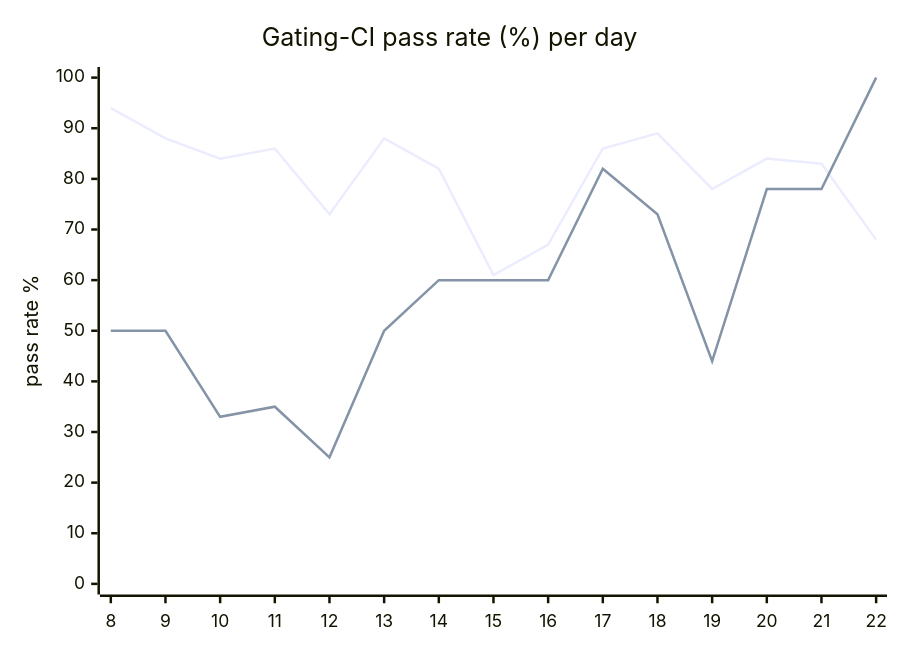
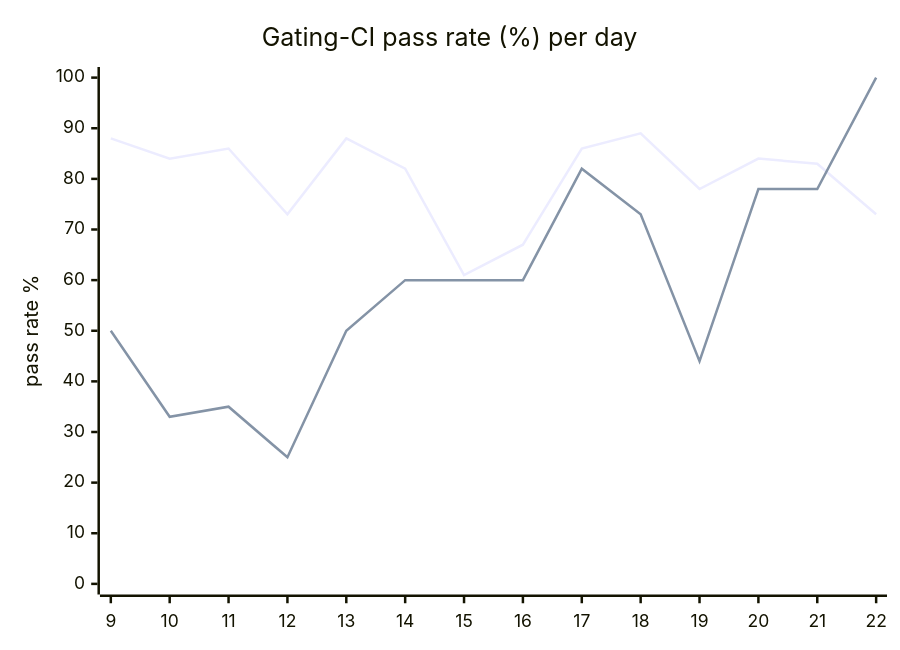
Before and after one commit to hatchet-dev/hatchet: the diagram in hack/ci/ci-dashboard/staging/issue.md, drawn with Mermaid. The commit also changed other lines of this file, not shown here.

````diff
--- a/hack/ci/ci-dashboard/staging/issue.md
+++ b/hack/ci/ci-dashboard/staging/issue.md
@@ -9,8 +9,8 @@
 ```mermaid
 xychart-beta
   title "Gating-CI pass rate (%) per day"
-  x-axis [8, 9, 10, 11, 12, 13, 14, 15, 16, 17, 18, 19, 20, 21, 22]
+  x-axis [9, 10, 11, 12, 13, 14, 15, 16, 17, 18, 19, 20, 21, 22]
   y-axis "pass rate %" 0 --> 100
-  line "CI" [94, 88, 84, 86, 73, 88, 82, 61, 67, 86, 89, 78, 84, 83, 68]
-  line "main" [50, 50, 33, 35, 25, 50, 60, 60, 60, 82, 73, 44, 78, 78, 100]
+  line "CI" [88, 84, 86, 73, 88, 82, 61, 67, 86, 89, 78, 84, 83, 73]
+  line "main" [50, 33, 35, 25, 50, 60, 60, 60, 82, 73, 44, 78, 78, 100]
 ```
````
